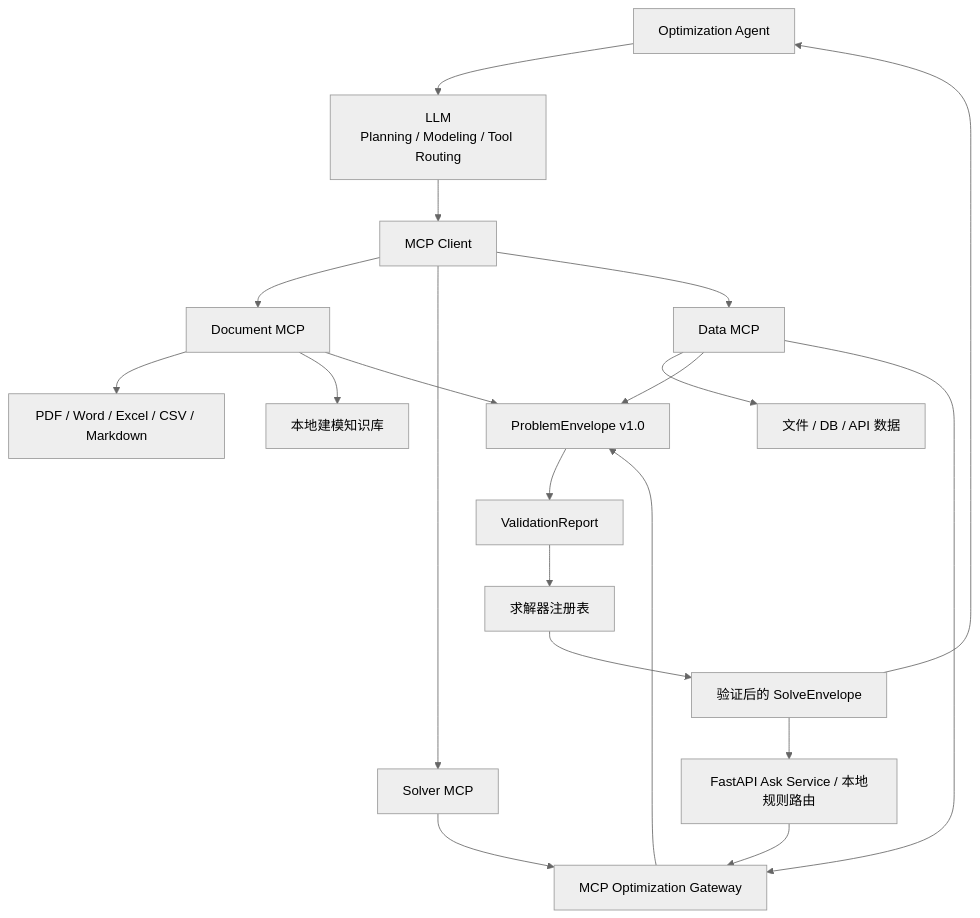
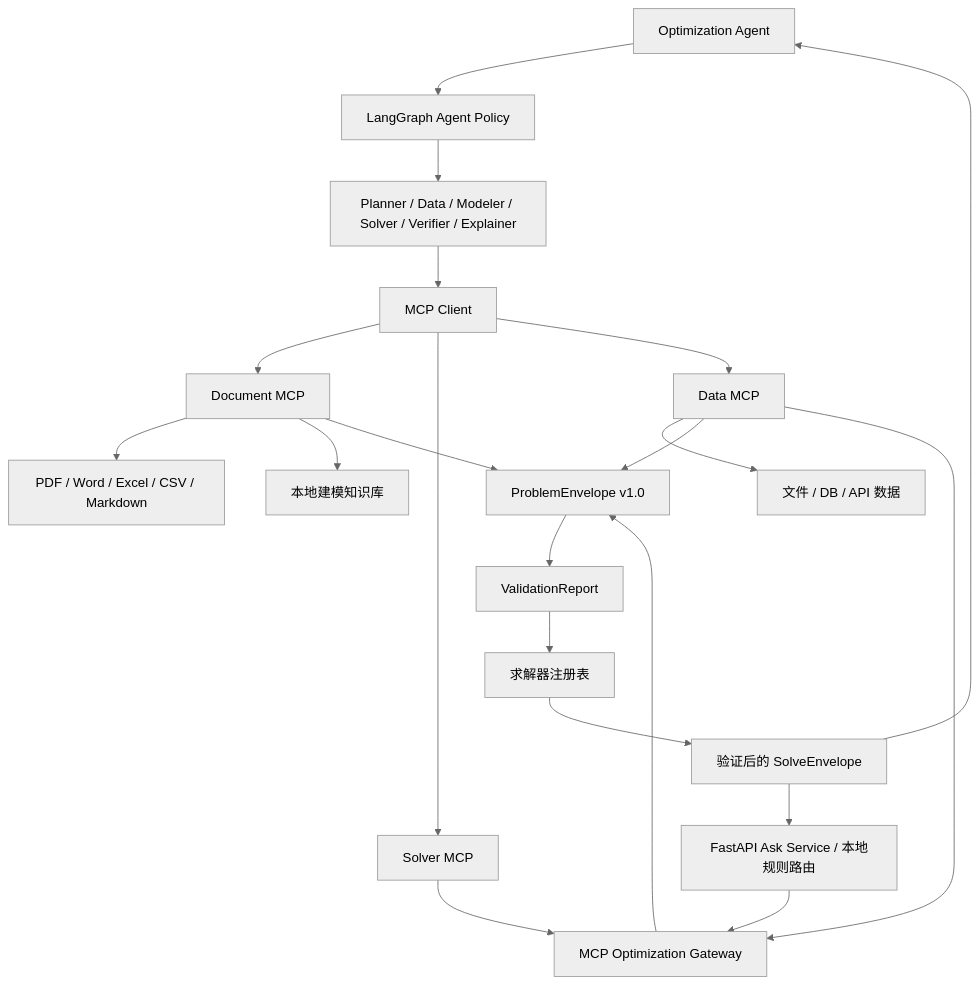
The diagram in docs/mcp-architecture.md (tyz211/optiagent), drawn with Mermaid (neutral theme) before and after one commit. The commit also changed other lines of this file and 15 other files, not shown here.

Commit message:
feat: add observable agent policy runtime

````diff
--- a/docs/mcp-architecture.md
+++ b/docs/mcp-architecture.md
@@ -5,22 +5,23 @@
 ```mermaid
 flowchart TD
-    A[Optimization Agent] --> L[LLM<br/>Planning / Modeling / Tool Routing]
+    A[Optimization Agent] --> LG[LangGraph Agent Policy]
+    LG --> L[Planner / Data / Modeler / Solver / Verifier / Explainer]
     L --> C[MCP Client]
     O[FastAPI Ask Service / 本地规则路由] --> G[MCP Optimization Gateway]
     C --> D[Document MCP]
     C --> S[Solver MCP]
     C --> T[Data MCP]
     D --> DF[PDF / Word / Excel / CSV / Markdown]
     D --> KB[本地建模知识库]
     T --> DS[文件 / DB / API 数据]
     D --> P[ProblemEnvelope v1.0]
     T --> P
     T --> G
     S --> G
     G --> P
     P --> V[ValidationReport]
     V --> R[求解器注册表]
     R --> E[验证后的 SolveEnvelope]
     E --> A
     E --> O
 ```
````
